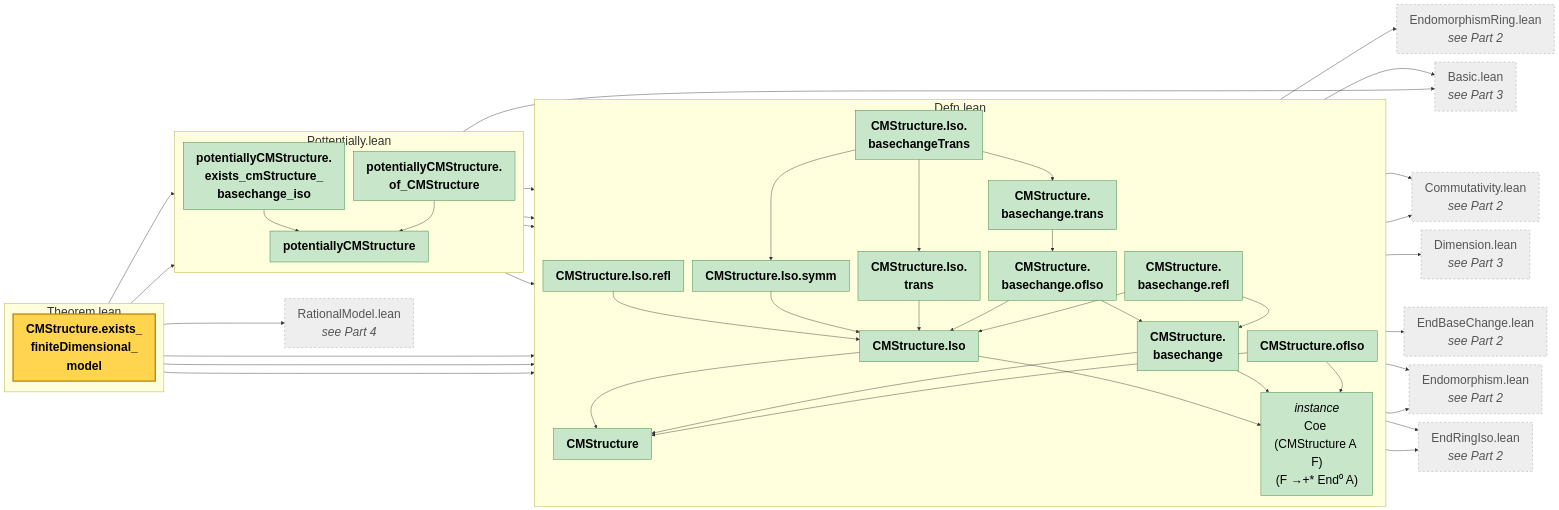
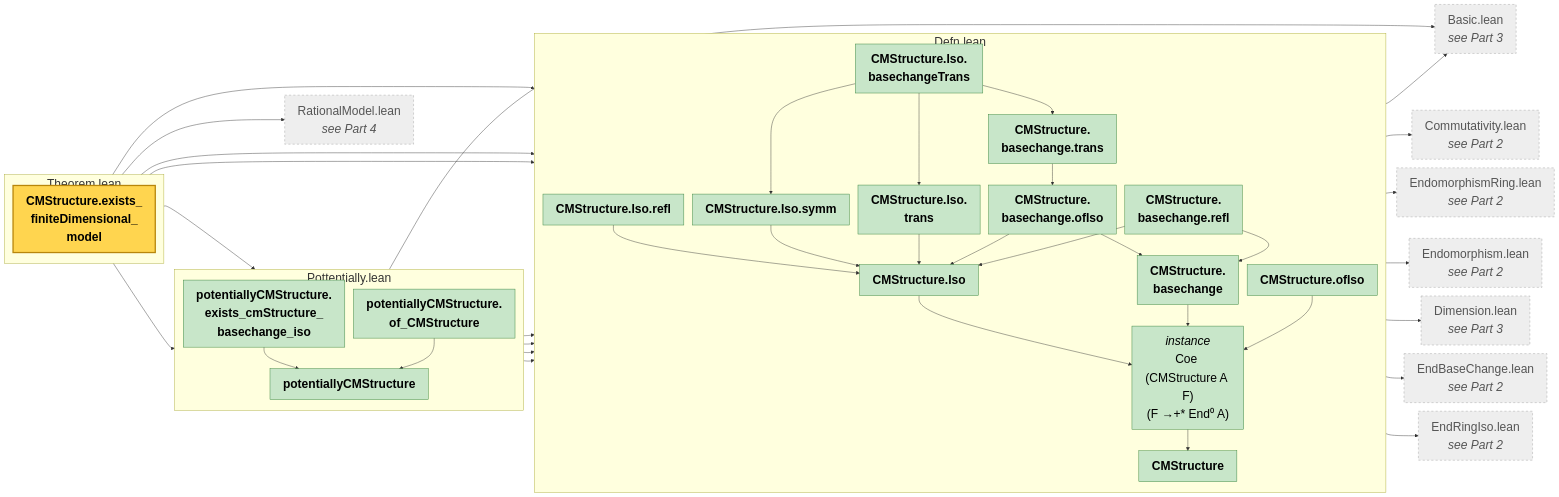
The first of 4 diagrams in CMAbelianVarieties/MindMapStep2.md (abhijitaj1997/CMAbelianVarieties), drawn with Mermaid before and after one commit. The commit also changed other lines of this file and 4 other files, not shown here.

```diff
--- a/CMAbelianVarieties/MindMapStep2.md
+++ b/CMAbelianVarieties/MindMapStep2.md
@@ -71,7 +71,6 @@
   n_CMStructure --> x_CMAbelianVarieties_AlgebraicGeometry_AbelianVarieties_Commutativity
   n_CMStructure --> x_CMAbelianVarieties_AlgebraicGeometry_AbelianVarieties_Homomorphism_EndomorphismRing
   n_CMStructure --> x_CMAbelianVarieties_ForMathlib_Endomorphism
-  n_CMStructure_Iso --> n_CMStructure
   n_CMStructure_Iso --> n_instCoeCMStructureRingHomRationalEnd
   n_CMStructure_Iso_basechangeTrans --> n_CMStructure_Iso_symm
   n_CMStructure_Iso_basechangeTrans --> n_CMStructure_Iso_trans
@@ -79,30 +78,26 @@
   n_CMStructure_Iso_refl --> n_CMStructure_Iso
   n_CMStructure_Iso_symm --> n_CMStructure_Iso
   n_CMStructure_Iso_trans --> n_CMStructure_Iso
-  n_CMStructure_basechange --> n_CMStructure
   n_CMStructure_basechange --> x_CMAbelianVarieties_AlgebraicGeometry_Basic
   n_CMStructure_basechange --> x_CMAbelianVarieties_AlgebraicGeometry_Dimension
   n_CMStructure_basechange --> n_instCoeCMStructureRingHomRationalEnd
+  n_CMStructure_basechange_ofIso --> x_CMAbelianVarieties_AbstractNonsense_EndBaseChange
+  n_CMStructure_basechange_ofIso --> x_CMAbelianVarieties_AbstractNonsense_EndRingIso
   n_CMStructure_basechange_ofIso --> n_CMStructure_Iso
   n_CMStructure_basechange_ofIso --> n_CMStructure_basechange
-  n_CMStructure_basechange_ofIso --> x_CMAbelianVarieties_AbstractNonsense_EndBaseChange
-  n_CMStructure_basechange_ofIso --> x_CMAbelianVarieties_AbstractNonsense_EndRingIso
   n_CMStructure_basechange_refl --> n_CMStructure_Iso
   n_CMStructure_basechange_refl --> n_CMStructure_basechange
-  n_CMStructure_basechange_refl --> x_CMAbelianVarieties_AbstractNonsense_EndRingIso
   n_CMStructure_basechange_trans --> n_CMStructure_basechange_ofIso
+  n_CMStructure_exists_finiteDimensional_model --> x_CMAbelianVarieties_AlgebraicGeometry_AbelianVarieties_RationalModel
   n_CMStructure_exists_finiteDimensional_model --> n_CMStructure_Iso_basechangeTrans
   n_CMStructure_exists_finiteDimensional_model --> n_CMStructure_Iso_refl
   n_CMStructure_exists_finiteDimensional_model --> n_CMStructure_basechange_refl
-  n_CMStructure_exists_finiteDimensional_model --> x_CMAbelianVarieties_AlgebraicGeometry_AbelianVarieties_RationalModel
   n_CMStructure_exists_finiteDimensional_model --> n_potentiallyCMStructure_exists_cmStructure_basechange_iso
   n_CMStructure_exists_finiteDimensional_model --> n_potentiallyCMStructure_of_CMStructure
-  n_CMStructure_ofIso --> n_CMStructure
   n_CMStructure_ofIso --> n_instCoeCMStructureRingHomRationalEnd
-  n_instCoeCMStructureRingHomRationalEnd --> x_CMAbelianVarieties_AlgebraicGeometry_AbelianVarieties_Commutativity
-  n_instCoeCMStructureRingHomRationalEnd --> x_CMAbelianVarieties_ForMathlib_Endomorphism
+  n_instCoeCMStructureRingHomRationalEnd --> n_CMStructure
+  n_potentiallyCMStructure --> x_CMAbelianVarieties_AlgebraicGeometry_Basic
   n_potentiallyCMStructure --> n_CMStructure
-  n_potentiallyCMStructure --> x_CMAbelianVarieties_AlgebraicGeometry_Basic
   n_potentiallyCMStructure_exists_cmStructure_basechange_iso --> n_CMStructure_Iso
   n_potentiallyCMStructure_exists_cmStructure_basechange_iso --> n_CMStructure_basechange
   n_potentiallyCMStructure_exists_cmStructure_basechange_iso --> n_CMStructure_ofIso
```
